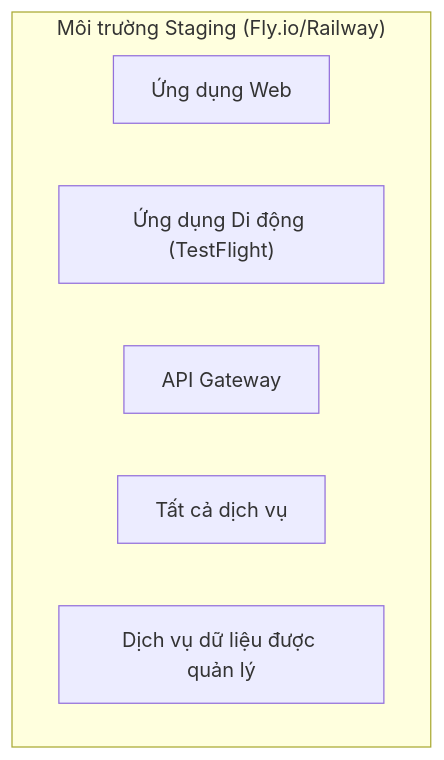
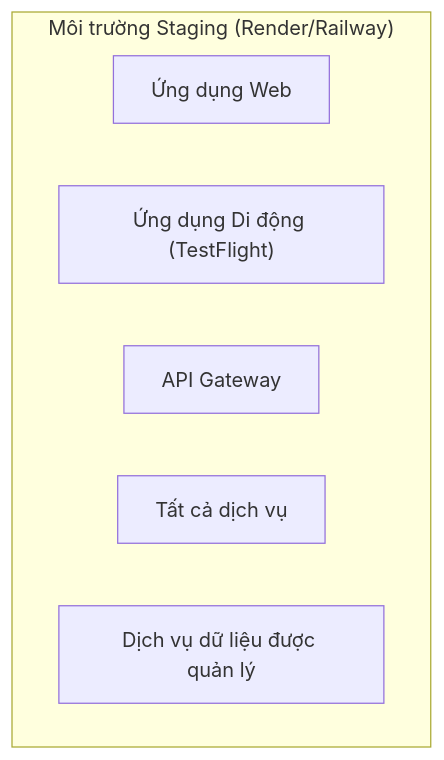
The sixth of 11 diagrams in docs/srs/vi/8-system-architecture.vi.md (dut-pbl6-2026/job-platform-docs), drawn with Mermaid before and after one commit. The commit also changed other lines of this file and 11 other files, not shown here.

First line of the commit message:
docs: PBL6-16 backlog 1-2-3 + Fly→Render jp-* + 6 PG strict (#6)

````diff
--- a/docs/srs/vi/8-system-architecture.vi.md
+++ b/docs/srs/vi/8-system-architecture.vi.md
@@ -370,10 +370,10 @@
 ```mermaid
 flowchart TB
-    subgraph Staging["Môi trường Staging (Fly.io/Railway)"]
+    subgraph Staging["Môi trường Staging (Render/Railway)"]
         Web["Ứng dụng Web"]
         Mobile["Ứng dụng Di động (TestFlight)"]
         Gateway["API Gateway"]
         Services["Tất cả dịch vụ"]
         Data["Dịch vụ dữ liệu được quản lý"]
     end
 ```
````
